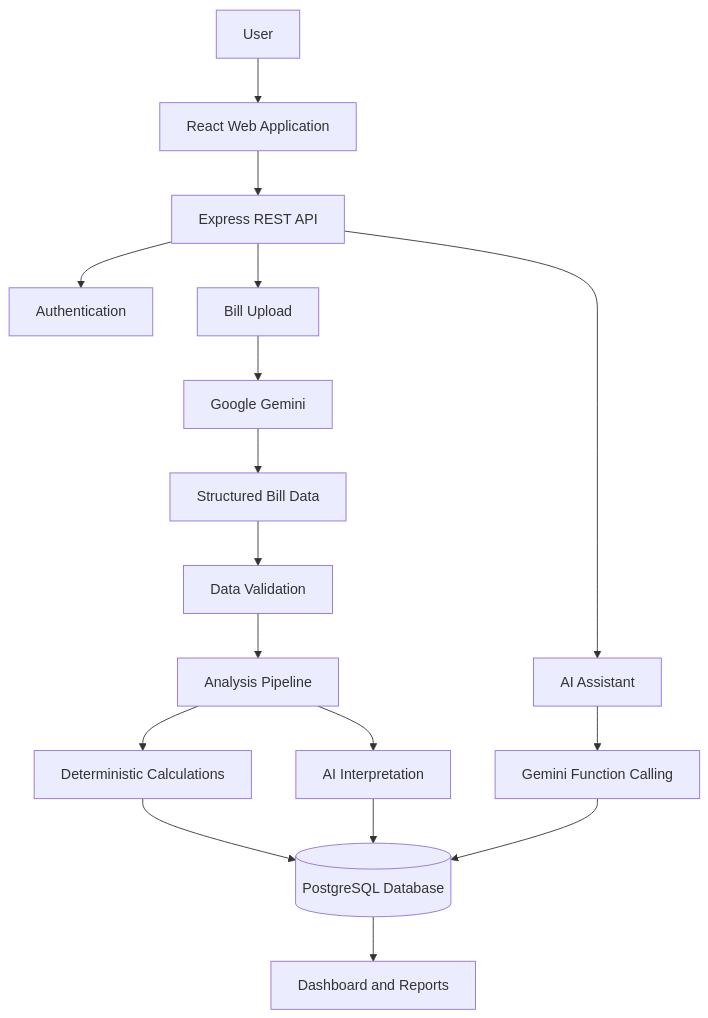
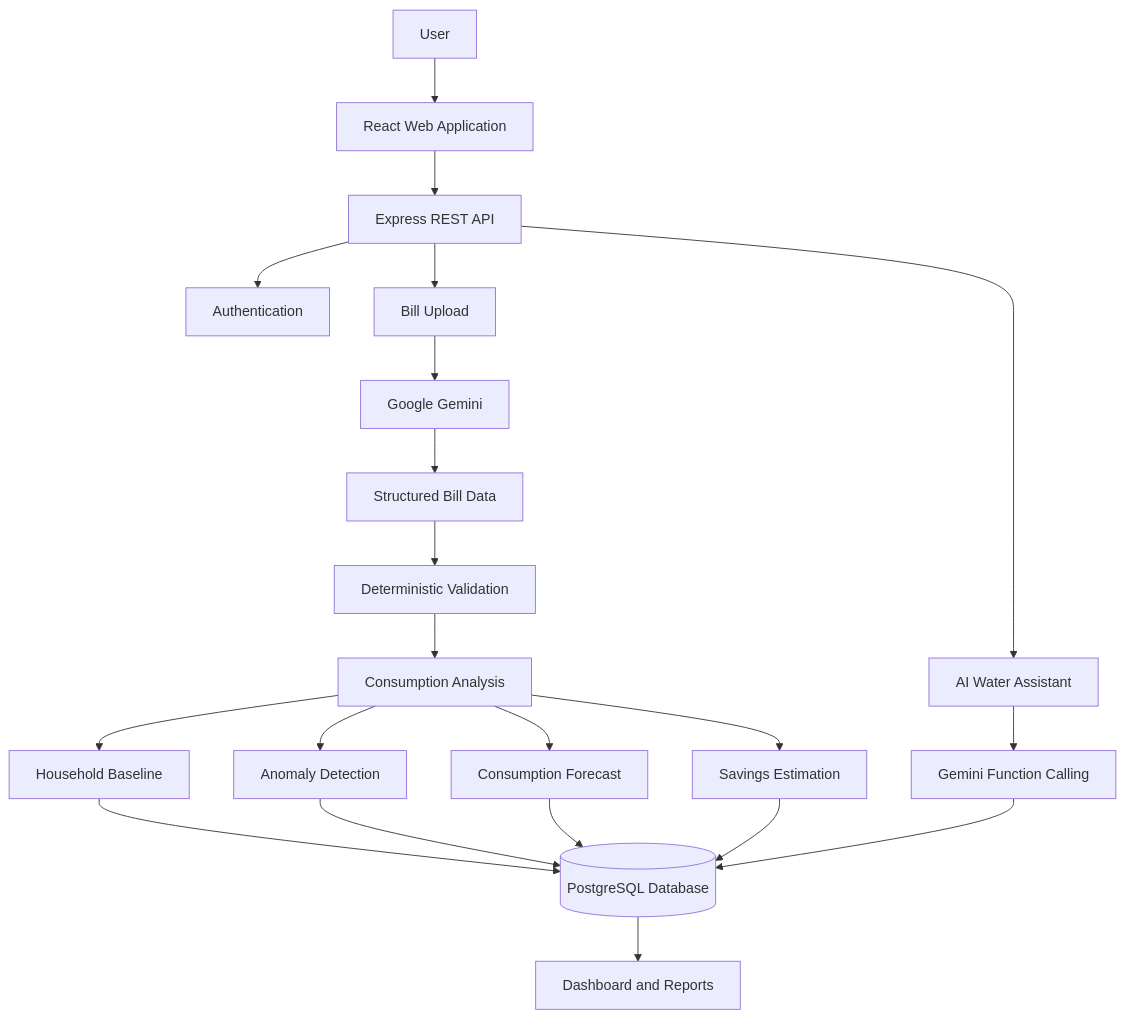
Before and after one commit to hanan-alharbi-cs/Rashed: the diagram in README.md, drawn with Mermaid. The commit also changed other lines of this file, not shown here.

````diff
--- a/README.md
+++ b/README.md
@@ -73,19 +190,32 @@
 ```mermaid
 flowchart TD
     A[User] --> B[React Web Application]
+
     B --> C[Express REST API]
+
     C --> D[Authentication]
     C --> E[Bill Upload]
+
     E --> F[Google Gemini]
     F --> G[Structured Bill Data]
-    G --> H[Data Validation]
-    H --> I[Analysis Pipeline]
-    I --> J[Deterministic Calculations]
-    I --> K[AI Interpretation]
-    J --> L[(PostgreSQL Database)]
-    K --> L
-    L --> M[Dashboard and Reports]
-    C --> N[AI Assistant]
-    N --> O[Gemini Function Calling]
-    O --> L
+
+    G --> H[Deterministic Validation]
+
+    H --> I[Consumption Analysis]
+
+    I --> J[Household Baseline]
+    I --> K[Anomaly Detection]
+    I --> L[Consumption Forecast]
+    I --> M[Savings Estimation]
+
+    J --> N[(PostgreSQL Database)]
+    K --> N
+    L --> N
+    M --> N
+
+    N --> O[Dashboard and Reports]
+
+    C --> P[AI Water Assistant]
+    P --> Q[Gemini Function Calling]
+    Q --> N
 ```
````
